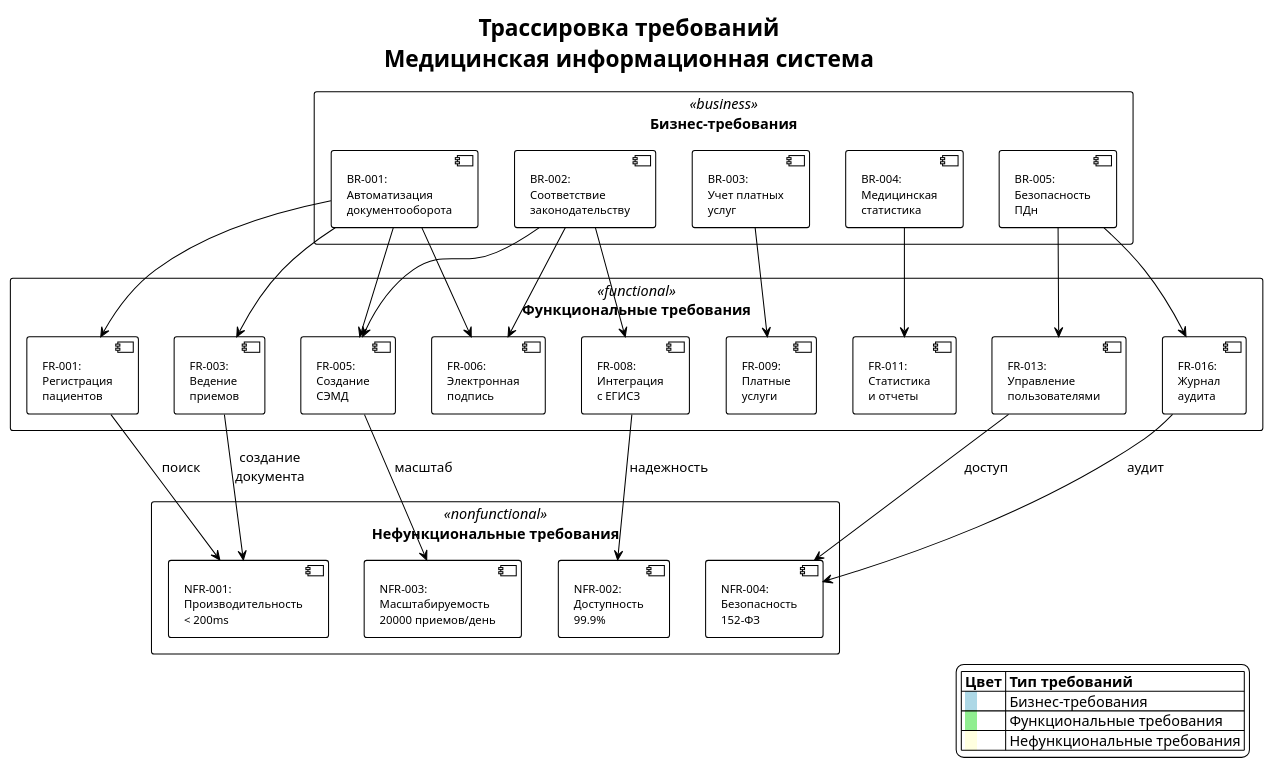
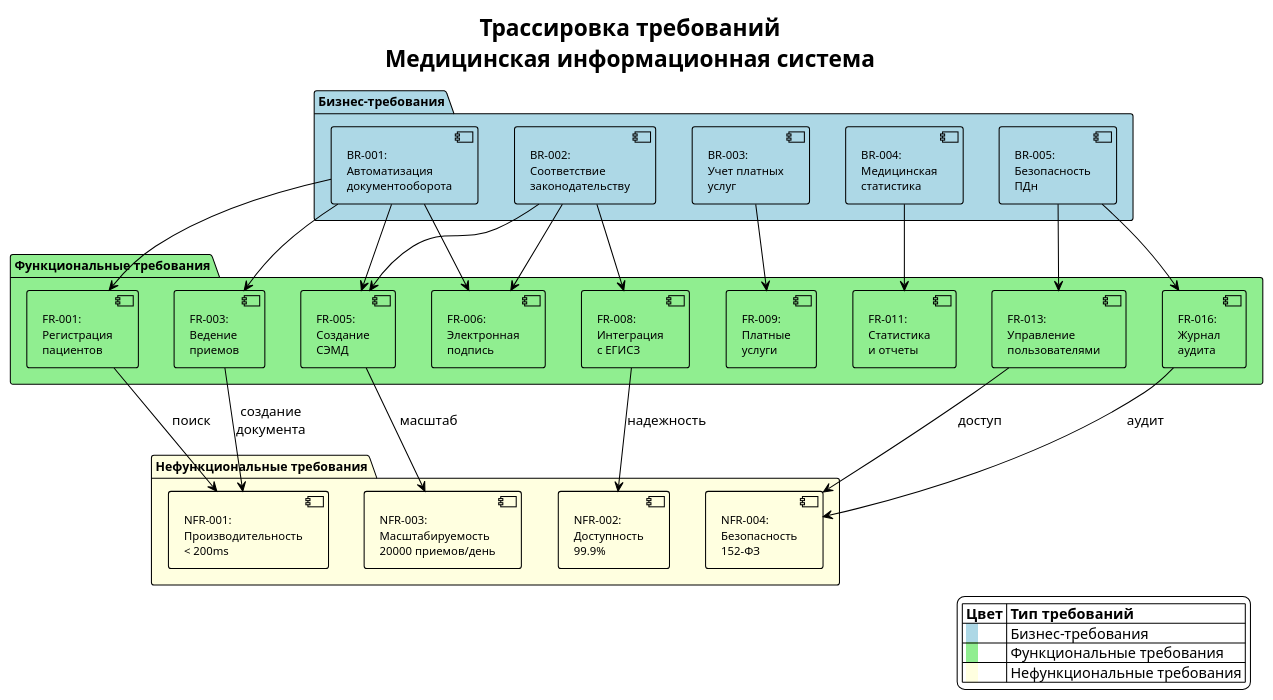
Before and after one commit to namestnikoff/medical-documentation-system-design: the diagram in docs/01-requirements/diagrams/requirements-traceability.puml, drawn with PlantUML.

Commit message:
Fix colors in requirements traceability diagram

```diff
--- a/docs/01-requirements/diagrams/requirements-traceability.puml
+++ b/docs/01-requirements/diagrams/requirements-traceability.puml
@@ -1,74 +1,79 @@
 @startuml
 !theme plain
 title Трассировка требований\nМедицинская информационная система
 
-' Стили
-skinparam packageStyle rectangle
+' Явное определение цветов для компонентов
 skinparam component {
-  BackgroundColor<<business>> LightBlue
-  BackgroundColor<<functional>> LightGreen
-  BackgroundColor<<nonfunctional>> LightYellow
+  BackgroundColor White
   BorderColor Black
   FontSize 11
+  ArrowColor Black
 }
 
-package "Бизнес-требования" <<business>> {
-  [BR-001:\nАвтоматизация\nдокументооборота] as BR1
-  [BR-002:\nСоответствие\nзаконодательству] as BR2
-  [BR-003:\nУчет платных\nуслуг] as BR3
-  [BR-004:\nМедицинская\nстатистика] as BR4
-  [BR-005:\nБезопасность\nПДн] as BR5
+skinparam package {
+  BackgroundColor White
+  BorderColor Black
+  FontSize 12
+  FontStyle bold
 }
 
-package "Функциональные требования" <<functional>> {
-  [FR-001:\nРегистрация\nпациентов] as FR1
-  [FR-003:\nВедение\nприемов] as FR3
-  [FR-005:\nСоздание\nСЭМД] as FR5
-  [FR-006:\nЭлектронная\nподпись] as FR6
-  [FR-008:\nИнтеграция\nс ЕГИСЗ] as FR8
-  [FR-009:\nПлатные\nуслуги] as FR9
-  [FR-011:\nСтатистика\nи отчеты] as FR11
-  [FR-013:\nУправление\nпользователями] as FR13
-  [FR-016:\nЖурнал\nаудита] as FR16
+package "Бизнес-требования" #LightBlue {
+  component "BR-001:\nАвтоматизация\nдокументооборота" as BR1 #LightBlue
+  component "BR-002:\nСоответствие\nзаконодательству" as BR2 #LightBlue
+  component "BR-003:\nУчет платных\nуслуг" as BR3 #LightBlue
+  component "BR-004:\nМедицинская\nстатистика" as BR4 #LightBlue
+  component "BR-005:\nБезопасность\nПДн" as BR5 #LightBlue
 }
 
-package "Нефункциональные требования" <<nonfunctional>> {
-  [NFR-001:\nПроизводительность\n< 200ms] as NFR1
-  [NFR-002:\nДоступность\n99.9%] as NFR2
-  [NFR-003:\nМасштабируемость\n20000 приемов/день] as NFR3
-  [NFR-004:\nБезопасность\n152-ФЗ] as NFR4
+package "Функциональные требования" #LightGreen {
+  component "FR-001:\nРегистрация\nпациентов" as FR1 #LightGreen
+  component "FR-003:\nВедение\nприемов" as FR3 #LightGreen
+  component "FR-005:\nСоздание\nСЭМД" as FR5 #LightGreen
+  component "FR-006:\nЭлектронная\nподпись" as FR6 #LightGreen
+  component "FR-008:\nИнтеграция\nс ЕГИСЗ" as FR8 #LightGreen
+  component "FR-009:\nПлатные\nуслуги" as FR9 #LightGreen
+  component "FR-011:\nСтатистика\nи отчеты" as FR11 #LightGreen
+  component "FR-013:\nУправление\nпользователями" as FR13 #LightGreen
+  component "FR-016:\nЖурнал\nаудита" as FR16 #LightGreen
+}
+
+package "Нефункциональные требования" #LightYellow {
+  component "NFR-001:\nПроизводительность\n< 200ms" as NFR1 #LightYellow
+  component "NFR-002:\nДоступность\n99.9%" as NFR2 #LightYellow
+  component "NFR-003:\nМасштабируемость\n20000 приемов/день" as NFR3 #LightYellow
+  component "NFR-004:\nБезопасность\n152-ФЗ" as NFR4 #LightYellow
 }
 
 ' Связи бизнес-требований с функциональными
-BR1 --> FR1
-BR1 --> FR3
-BR1 --> FR5
-BR1 --> FR6
+BR1 -down-> FR1
+BR1 -down-> FR3
+BR1 -down-> FR5
+BR1 -down-> FR6
 
-BR2 --> FR5
-BR2 --> FR6
-BR2 --> FR8
+BR2 -down-> FR5
+BR2 -down-> FR6
+BR2 -down-> FR8
 
-BR3 --> FR9
+BR3 -down-> FR9
 
-BR4 --> FR11
+BR4 -down-> FR11
 
-BR5 --> FR13
-BR5 --> FR16
+BR5 -down-> FR13
+BR5 -down-> FR16
 
 ' Связи функциональных с нефункциональными
-FR1 --> NFR1 : поиск
-FR3 --> NFR1 : создание\nдокумента
-FR5 --> NFR3 : масштаб
-FR8 --> NFR2 : надежность
-FR13 --> NFR4 : доступ
-FR16 --> NFR4 : аудит
+FR1 -down-> NFR1 : поиск
+FR3 -down-> NFR1 : создание\nдокумента
+FR5 -down-> NFR3 : масштаб
+FR8 -down-> NFR2 : надежность
+FR13 -down-> NFR4 : доступ
+FR16 -down-> NFR4 : аудит
 
 legend right
   |= Цвет |= Тип требований |
-  | <back:LightBlue>   </back> | Бизнес-требования |
-  | <back:LightGreen>   </back> | Функциональные требования |
-  | <back:LightYellow>   </back> | Нефункциональные требования |
+  | <back:#LightBlue>   </back> | Бизнес-требования |
+  | <back:#LightGreen>   </back> | Функциональные требования |
+  | <back:#LightYellow>   </back> | Нефункциональные требования |
 endlegend
 
 @enduml
```
